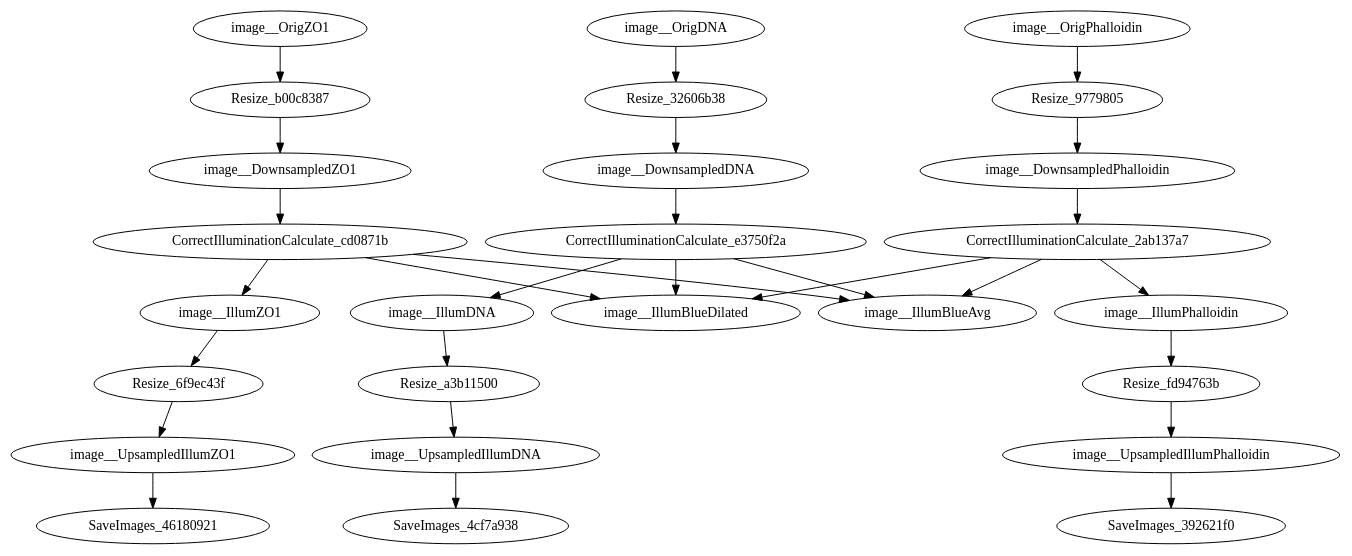
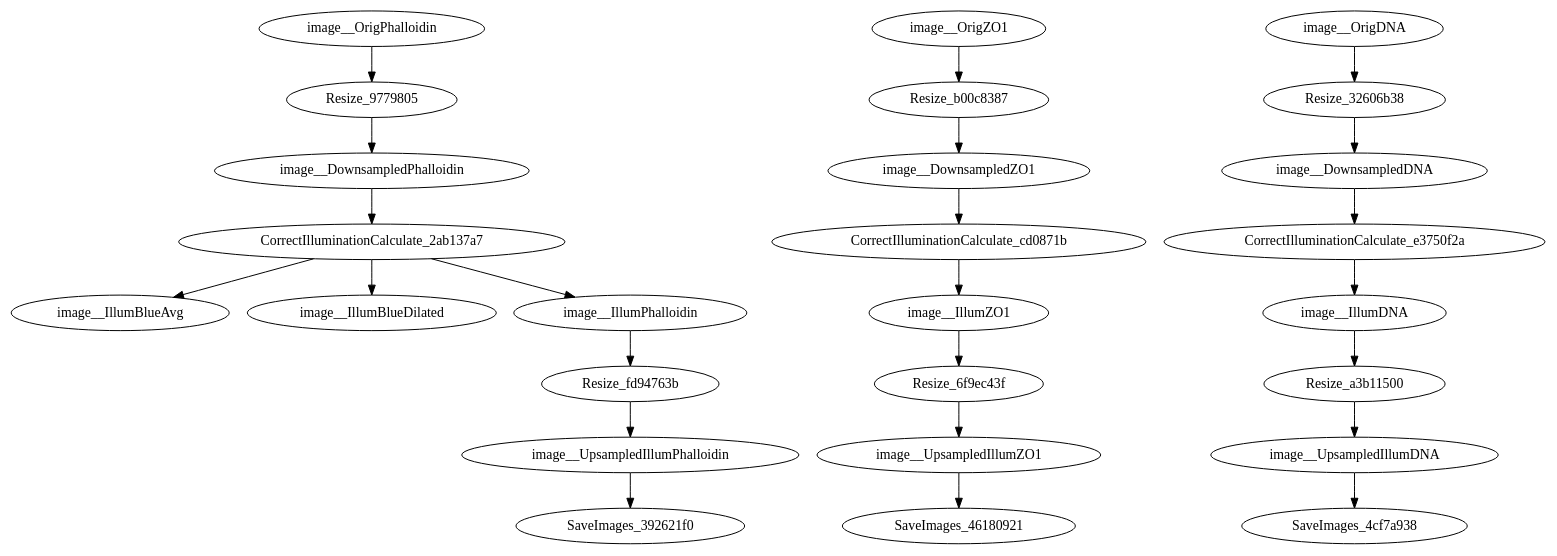
One commit to shntnu/cp_graph changed the diagram in examples/output/illum_isoform_ultra.dot. Above: the diagram before and after it, drawn with Graphviz. The commit also changed 12 other files, not shown here.

```diff
--- a/examples/output/illum_isoform_ultra.dot
+++ b/examples/output/illum_isoform_ultra.dot
@@ -1,55 +1,51 @@
 strict digraph {
 CorrectIlluminationCalculate_2ab137a7 [type=module];
 CorrectIlluminationCalculate_cd0871b [type=module];
 CorrectIlluminationCalculate_e3750f2a [type=module];
 Resize_32606b38 [type=module];
 Resize_6f9ec43f [type=module];
 Resize_9779805 [type=module];
 Resize_a3b11500 [type=module];
 Resize_b00c8387 [type=module];
 Resize_fd94763b [type=module];
 SaveImages_392621f0 [type=module];
 SaveImages_46180921 [type=module];
 SaveImages_4cf7a938 [type=module];
 image__DownsampledDNA [type=image];
 image__DownsampledPhalloidin [type=image];
 image__DownsampledZO1 [type=image];
 image__IllumBlueAvg [type=image];
 image__IllumBlueDilated [type=image];
 image__IllumDNA [type=image];
 image__IllumPhalloidin [type=image];
 image__IllumZO1 [type=image];
 image__OrigDNA [type=image];
 image__OrigPhalloidin [type=image];
 image__OrigZO1 [type=image];
 image__UpsampledIllumDNA [type=image];
 image__UpsampledIllumPhalloidin [type=image];
 image__UpsampledIllumZO1 [type=image];
 CorrectIlluminationCalculate_2ab137a7 -> image__IllumBlueAvg;
 CorrectIlluminationCalculate_2ab137a7 -> image__IllumBlueDilated;
 CorrectIlluminationCalculate_2ab137a7 -> image__IllumPhalloidin;
-CorrectIlluminationCalculate_cd0871b -> image__IllumBlueAvg;
-CorrectIlluminationCalculate_cd0871b -> image__IllumBlueDilated;
 CorrectIlluminationCalculate_cd0871b -> image__IllumZO1;
-CorrectIlluminationCalculate_e3750f2a -> image__IllumBlueAvg;
-CorrectIlluminationCalculate_e3750f2a -> image__IllumBlueDilated;
 CorrectIlluminationCalculate_e3750f2a -> image__IllumDNA;
 Resize_32606b38 -> image__DownsampledDNA;
 Resize_6f9ec43f -> image__UpsampledIllumZO1;
 Resize_9779805 -> image__DownsampledPhalloidin;
 Resize_a3b11500 -> image__UpsampledIllumDNA;
 Resize_b00c8387 -> image__DownsampledZO1;
 Resize_fd94763b -> image__UpsampledIllumPhalloidin;
 image__DownsampledDNA -> CorrectIlluminationCalculate_e3750f2a;
 image__DownsampledPhalloidin -> CorrectIlluminationCalculate_2ab137a7;
 image__DownsampledZO1 -> CorrectIlluminationCalculate_cd0871b;
 image__IllumDNA -> Resize_a3b11500;
 image__IllumPhalloidin -> Resize_fd94763b;
 image__IllumZO1 -> Resize_6f9ec43f;
 image__OrigDNA -> Resize_32606b38;
 image__OrigPhalloidin -> Resize_9779805;
 image__OrigZO1 -> Resize_b00c8387;
 image__UpsampledIllumDNA -> SaveImages_4cf7a938;
 image__UpsampledIllumPhalloidin -> SaveImages_392621f0;
 image__UpsampledIllumZO1 -> SaveImages_46180921;
 }
```
